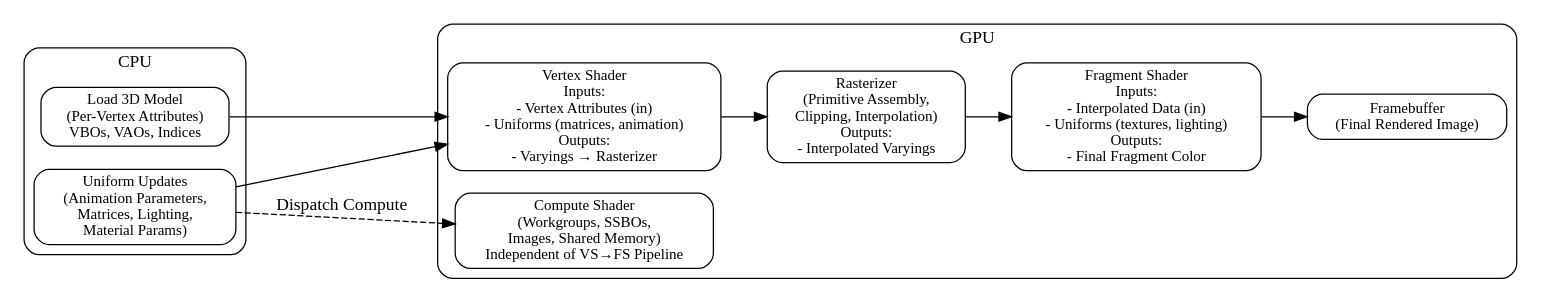
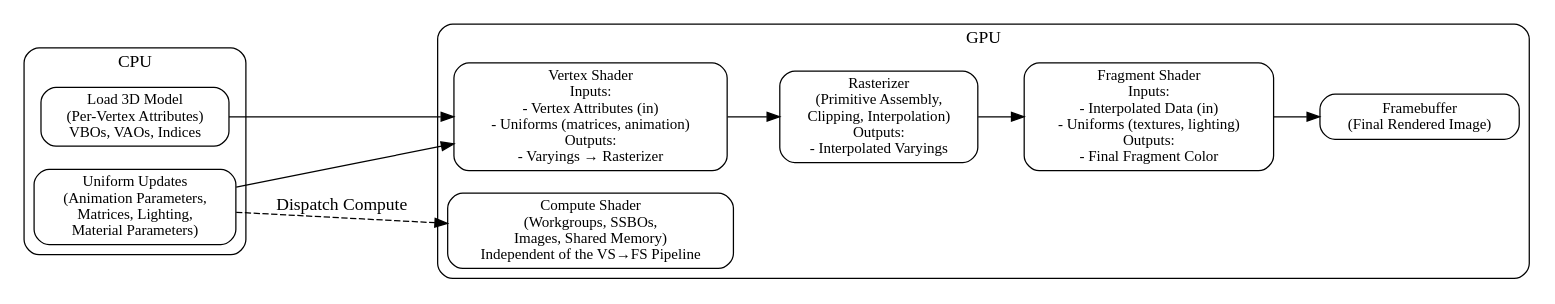
Before and after one commit to Jonathan2251/gpu: the diagram in Fig/opengl/shaders-pipeline-in-out.gv, drawn with Graphviz. The commit also changed 31 other files, not shown here.

```diff
--- a/Fig/opengl/shaders-pipeline-in-out.gv
+++ b/Fig/opengl/shaders-pipeline-in-out.gv
@@ -1,38 +1,38 @@
 digraph CPU_GPU_Pipeline {
     rankdir=LR;
     node [shape=box, style=rounded, fontsize=12];
 
     subgraph cluster_cpu {
         label="CPU";
         style=rounded;
 
         CPU_Vertex [label="Load 3D Model\n(Per-Vertex Attributes)\nVBOs, VAOs, Indices"];
-        CPU_Anim   [label="Uniform Updates\n(Animation Parameters,\nMatrices, Lighting,\nMaterial Params)"];
+        CPU_Anim   [label="Uniform Updates\n(Animation Parameters,\nMatrices, Lighting,\nMaterial Parameters)"];
     }
 
     subgraph cluster_gpu {
         label="GPU";
         style=rounded;
 
         VS      [label="Vertex Shader\nInputs:\n - Vertex Attributes (in)\n - Uniforms (matrices, animation)\nOutputs:\n - Varyings → Rasterizer"];
         
         Raster  [label="Rasterizer\n(Primitive Assembly,\nClipping, Interpolation)\nOutputs:\n - Interpolated Varyings"];
 
         FS      [label="Fragment Shader\nInputs:\n - Interpolated Data (in)\n - Uniforms (textures, lighting)\nOutputs:\n - Final Fragment Color"];
 
         FB      [label="Framebuffer\n(Final Rendered Image)"];
 
-        CS      [label="Compute Shader\n(Workgroups, SSBOs,\nImages, Shared Memory)\nIndependent of VS→FS Pipeline"];
+        CS      [label="Compute Shader\n(Workgroups, SSBOs,\nImages, Shared Memory)\nIndependent of the VS→FS Pipeline"];
     }
 
     # Main graphics pipeline
     CPU_Vertex -> VS;
     CPU_Anim   -> VS;
 
     VS -> Raster;
     Raster -> FS;
     FS -> FB;
 
     # Compute shader is dispatched separately
     CPU_Anim -> CS [style=dashed, label="Dispatch Compute"];
 }
```
